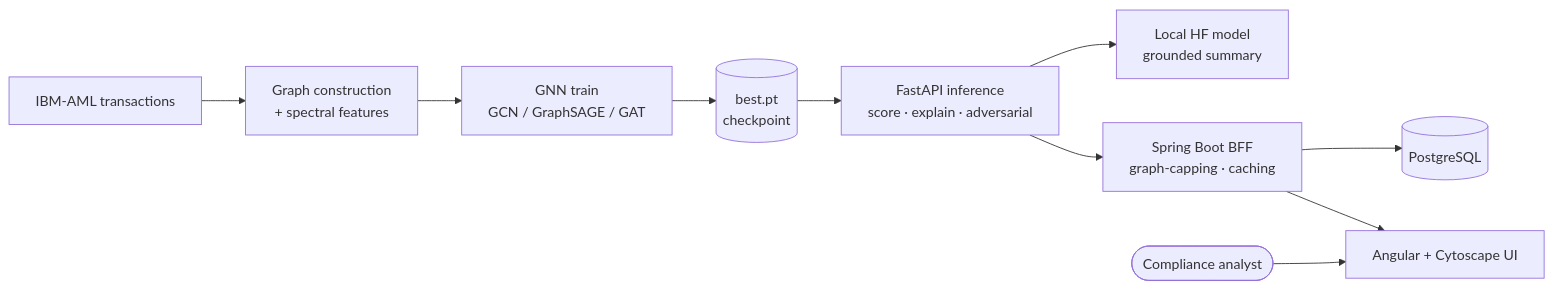
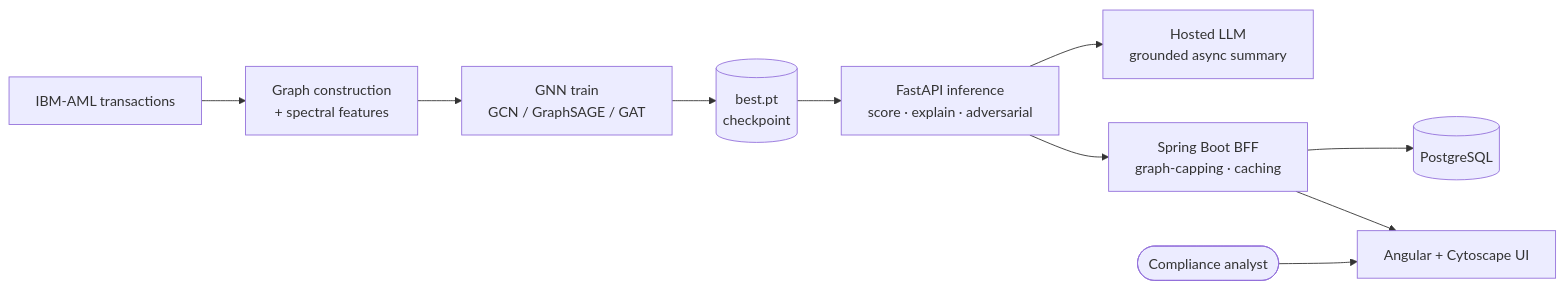
Before and after one commit to BrageEilertsen/AEGIS: the diagram in README.md, drawn with Mermaid. The commit also changed other lines of this file, not shown here.

First line of the commit message:
docs: update README for the live Azure demo + hosted async LLM summary

````diff
--- a/README.md
+++ b/README.md
@@ -47,12 +52,12 @@
 ```mermaid
 flowchart LR
   D[IBM-AML transactions] --> G[Graph construction<br/>+ spectral features]
   G --> M[GNN train<br/>GCN / GraphSAGE / GAT]
   M --> CK[(best.pt<br/>checkpoint)]
   CK --> INF[FastAPI inference<br/>score · explain · adversarial]
-  INF --> LLM[Local HF model<br/>grounded summary]
+  INF --> LLM[Hosted LLM<br/>grounded async summary]
   INF --> BFF[Spring Boot BFF<br/>graph-capping · caching]
   BFF --> PG[(PostgreSQL)]
   BFF --> UI[Angular + Cytoscape UI]
   USER([Compliance analyst]) --> UI
 ```
````
